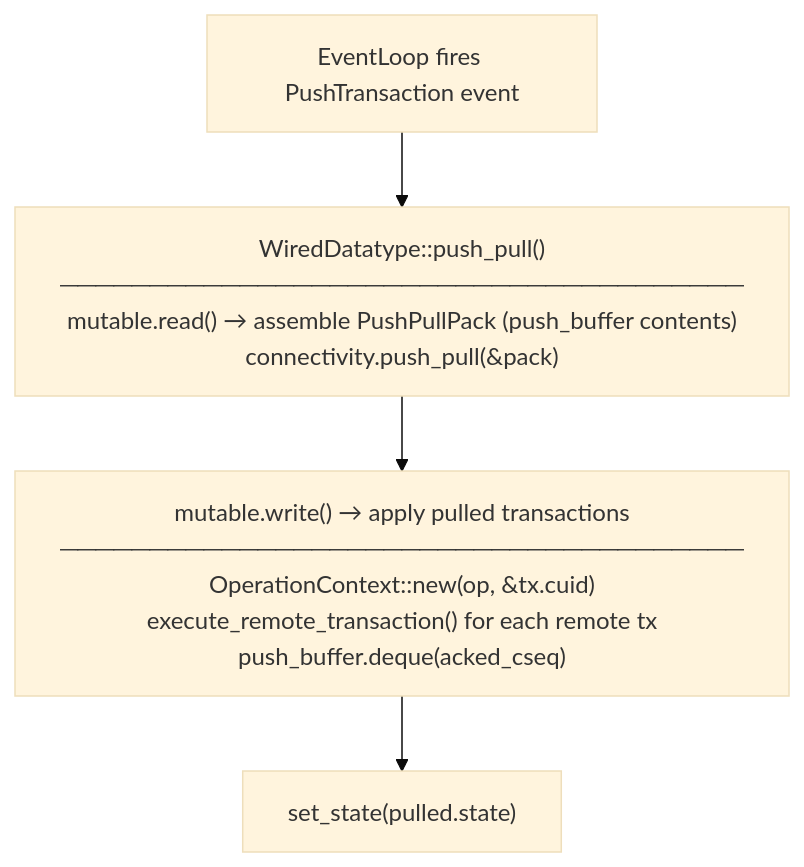
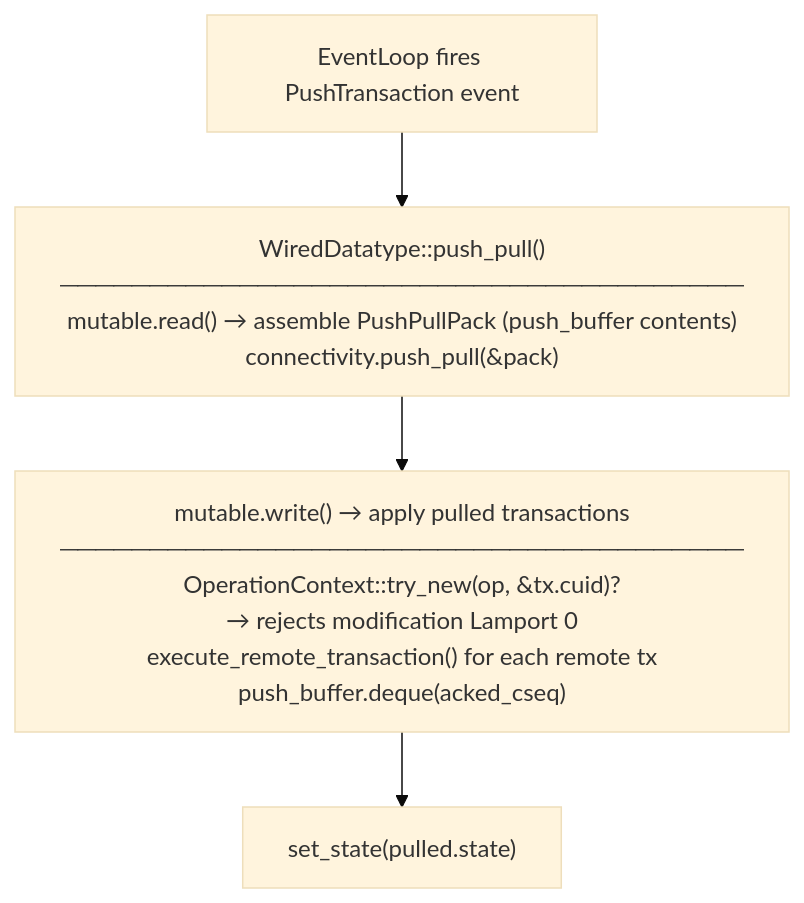
One commit to qortoo/qortoo-rs changed the fourth of 4 diagrams in docs/architecture.md. Above: the diagram before and after it, drawn with Mermaid (base theme). The commit also changed other lines of this file and 14 other files, not shown here.

````diff
--- a/docs/architecture.md
+++ b/docs/architecture.md
@@ -83,9 +83,9 @@
 ```mermaid
 flowchart TD
     EL["EventLoop fires PushTransaction event"]
     PP["WiredDatatype::push_pull()\n──────────────────────────────────────\nmutable.read() → assemble PushPullPack (push_buffer contents)\nconnectivity.push_pull(&pack)"]
-    Apply["mutable.write() → apply pulled transactions\n──────────────────────────────────────\nOperationContext::new(op, &tx.cuid)\nexecute_remote_transaction() for each remote tx\npush_buffer.deque(acked_cseq)"]
+    Apply["mutable.write() → apply pulled transactions\n──────────────────────────────────────\nOperationContext::try_new(op, &tx.cuid)?\n→ rejects modification Lamport 0\nexecute_remote_transaction() for each remote tx\npush_buffer.deque(acked_cseq)"]
     State["set_state(pulled.state)"]
 
     EL --> PP --> Apply --> State
 ```
````
